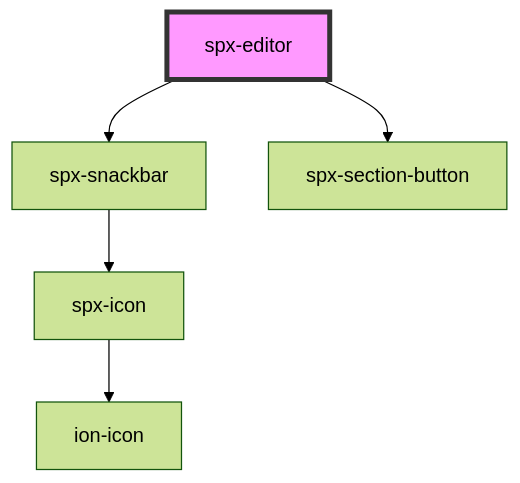
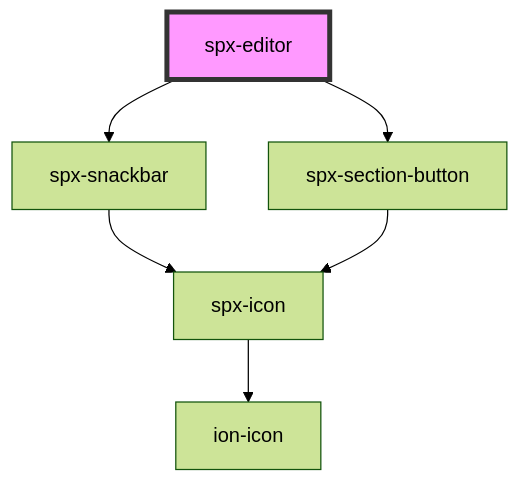
Before and after one commit to dnnsjsk/spx: the diagram in stencil/src/components/spx-editor/readme.md, drawn with Mermaid (forest theme). The commit also changed 247 other files, not shown here.

````diff
--- a/stencil/src/components/spx-editor/readme.md
+++ b/stencil/src/components/spx-editor/readme.md
@@ -24,8 +24,9 @@
 ```mermaid
 graph TD;
   spx-editor --> spx-snackbar
   spx-editor --> spx-section-button
   spx-snackbar --> spx-icon
   spx-icon --> ion-icon
+  spx-section-button --> spx-icon
   style spx-editor fill:#f9f,stroke:#333,stroke-width:4px
 ```
````
